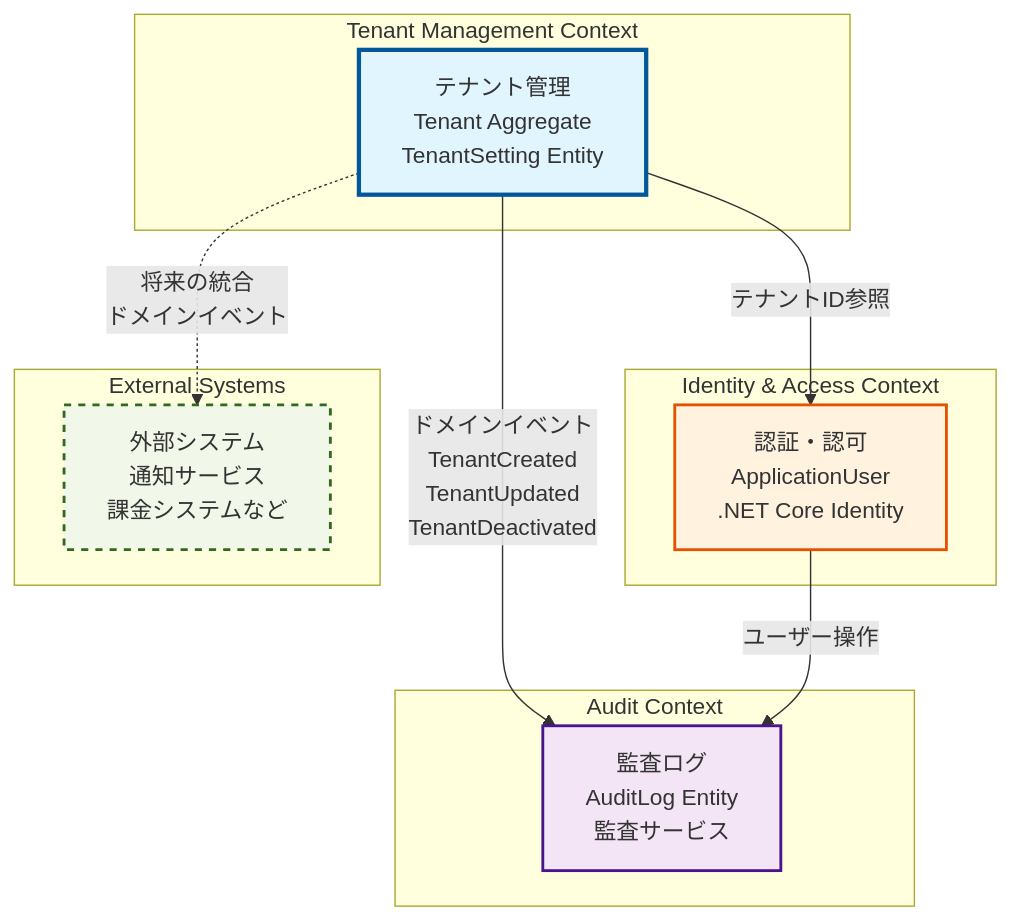
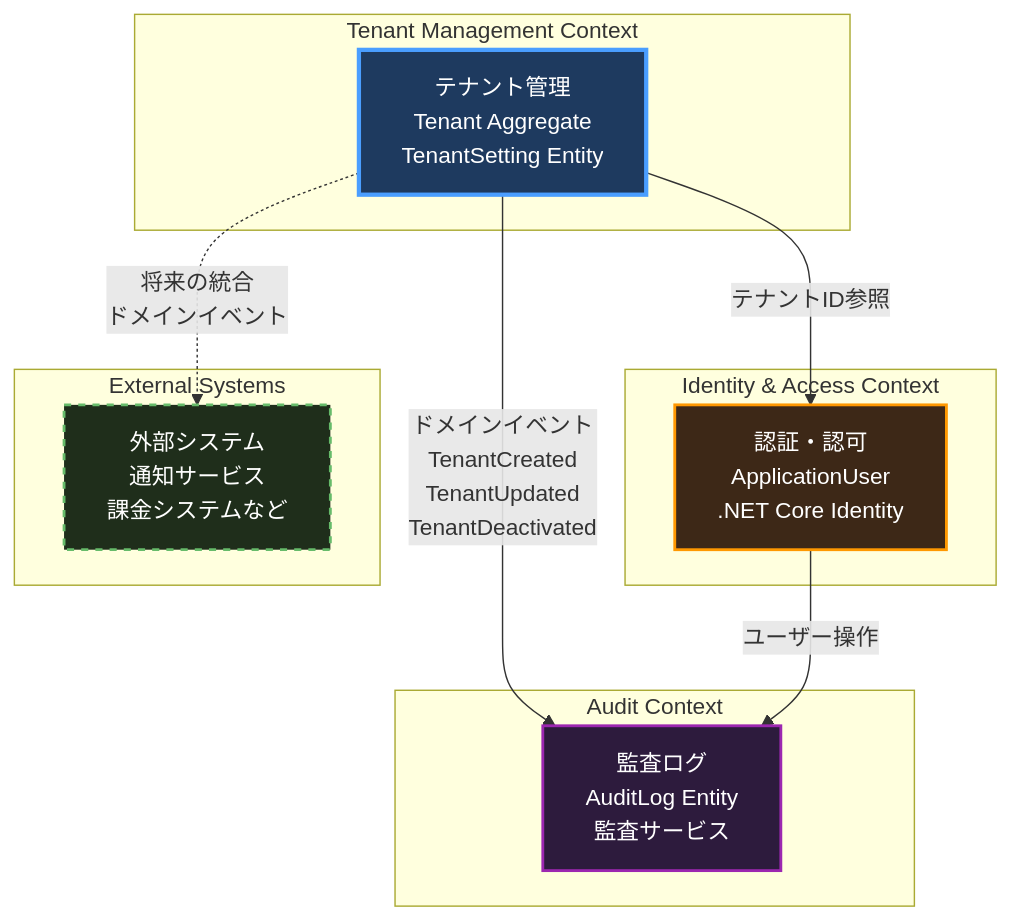
Before and after one commit to karimata-okijoh/ddd-design-test-kiro: the first of 2 diagrams in .kiro/specs/tenant-management-backend/design.md, drawn with Mermaid.

Commit message:
style: Mermaid図の配色をダークテーマ対応に変更
- 境界コンテキスト図の背景色を暗色に変更
- テキスト色を白色に設定
- ストローク色を明るい色に調整
- ダークテーマでの視認性を向上

````diff
--- a/.kiro/specs/tenant-management-backend/design.md
+++ b/.kiro/specs/tenant-management-backend/design.md
@@ -72,28 +72,28 @@
 ```mermaid
 graph TB
     subgraph "Tenant Management Context"
         TM[テナント管理<br/>Tenant Aggregate<br/>TenantSetting Entity]
     end
     
     subgraph "Identity & Access Context"
         IAM[認証・認可<br/>ApplicationUser<br/>.NET Core Identity]
     end
     
     subgraph "Audit Context"
         AUDIT[監査ログ<br/>AuditLog Entity<br/>監査サービス]
     end
     
     subgraph "External Systems"
         EXT[外部システム<br/>通知サービス<br/>課金システムなど]
     end
     
     TM -->|ドメインイベント<br/>TenantCreated<br/>TenantUpdated<br/>TenantDeactivated| AUDIT
     TM -->|テナントID参照| IAM
     IAM -->|ユーザー操作| AUDIT
     TM -.->|将来の統合<br/>ドメインイベント| EXT
     
-    style TM fill:#e1f5ff,stroke:#01579b,stroke-width:3px
-    style IAM fill:#fff3e0,stroke:#e65100,stroke-width:2px
-    style AUDIT fill:#f3e5f5,stroke:#4a148c,stroke-width:2px
-    style EXT fill:#f1f8e9,stroke:#33691e,stroke-width:2px,stroke-dasharray: 5 5
+    style TM fill:#1e3a5f,stroke:#4a9eff,stroke-width:3px,color:#ffffff
+    style IAM fill:#3d2817,stroke:#ff9800,stroke-width:2px,color:#ffffff
+    style AUDIT fill:#2d1b3d,stroke:#9c27b0,stroke-width:2px,color:#ffffff
+    style EXT fill:#1f2e1b,stroke:#66bb6a,stroke-width:2px,stroke-dasharray: 5 5,color:#ffffff
 ```
````
